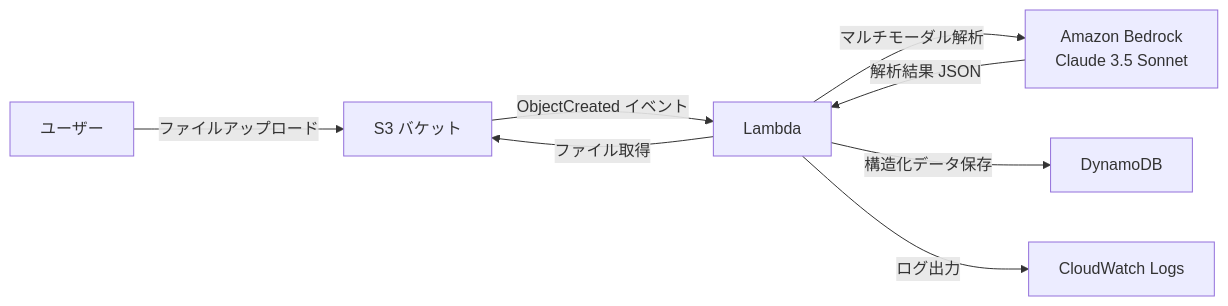
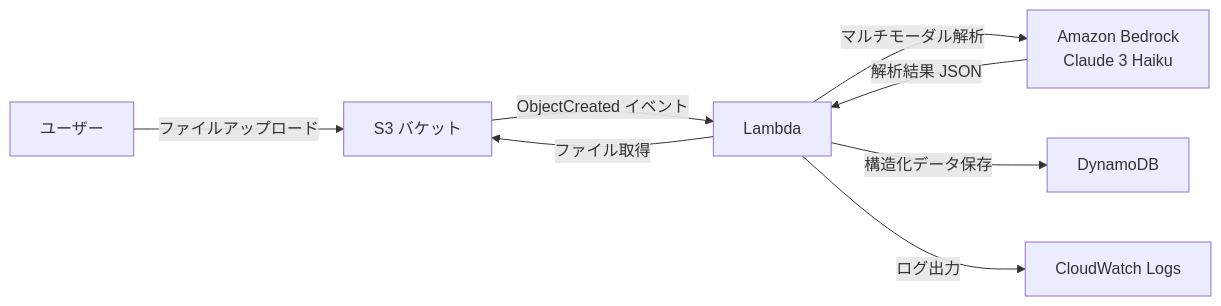
One commit to satoshif1977/aws-multimodal-analysis changed the diagram in README.md. Above: the diagram before and after it, drawn with Mermaid. The commit also changed other lines of this file and 2 other files, not shown here.

First line of the commit message:
fix: Claude 3.5 Sonnet → Claude 3 Haiku に修正

````diff
--- a/README.md
+++ b/README.md
@@ -37,10 +37,10 @@
 ```mermaid
 graph LR
     A[ユーザー] -->|ファイルアップロード| B[S3 バケット]
     B -->|ObjectCreated イベント| C[Lambda]
     C -->|ファイル取得| B
-    C -->|マルチモーダル解析| D[Amazon Bedrock\nClaude 3.5 Sonnet]
+    C -->|マルチモーダル解析| D[Amazon Bedrock\nClaude 3 Haiku]
     D -->|解析結果 JSON| C
     C -->|構造化データ保存| E[DynamoDB]
     C -->|ログ出力| F[CloudWatch Logs]
 ```
````
